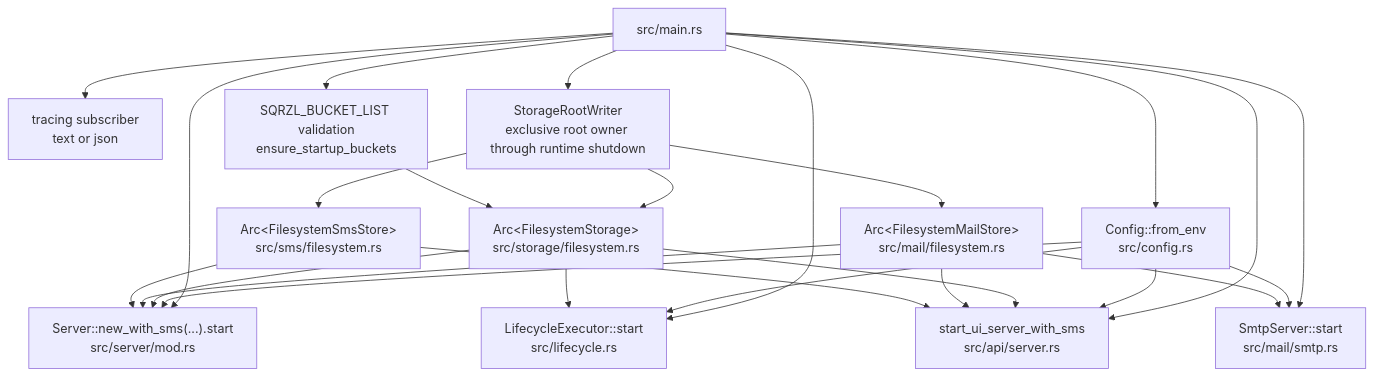
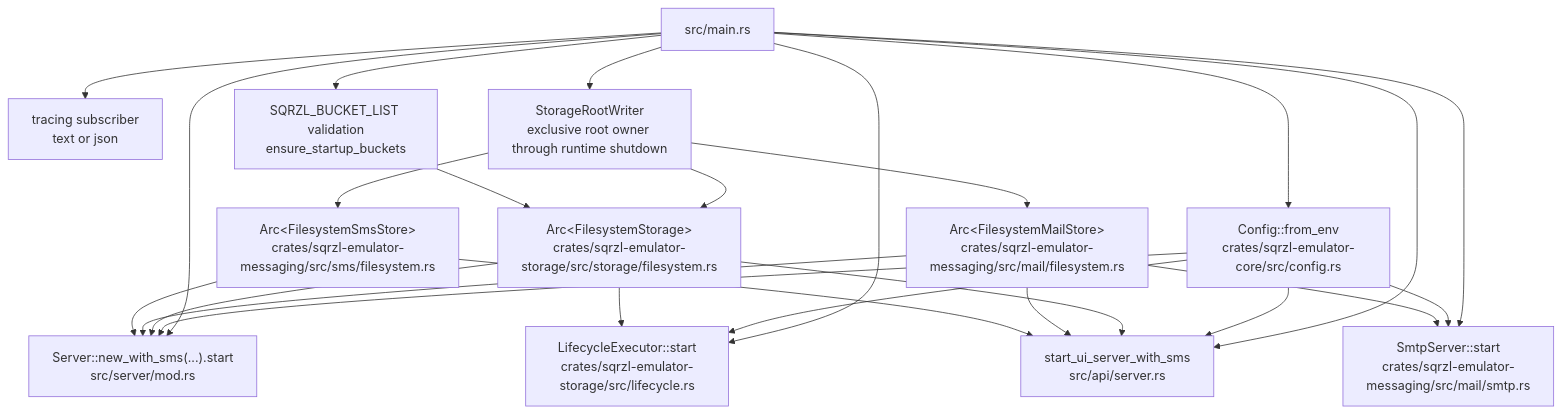
Before and after one commit to sqrzl/sqrzl-emulator: the second of 11 diagrams in docs/architecture.md, drawn with Mermaid. The commit also changed other lines of this file and 145 other files, not shown here.

Commit message:
Split Sqrzl emulator into domain crates

````diff
--- a/docs/architecture.md
+++ b/docs/architecture.md
@@ -65,41 +95,41 @@
 ```mermaid
 flowchart TB
     Main["src/main.rs"]
-    Config["Config::from_env<br/>src/config.rs"]
+    Config["Config::from_env<br/>crates/sqrzl-emulator-core/src/config.rs"]
     Logging["tracing subscriber<br/>text or json"]
     RootWriter["StorageRootWriter<br/>exclusive root owner through runtime shutdown"]
     StartupBuckets["SQRZL_BUCKET_LIST validation<br/>ensure_startup_buckets"]
-    Storage["Arc&lt;FilesystemStorage&gt;<br/>src/storage/filesystem.rs"]
-    Mail["Arc&lt;FilesystemMailStore&gt;<br/>src/mail/filesystem.rs"]
-    Sms["Arc&lt;FilesystemSmsStore&gt;<br/>src/sms/filesystem.rs"]
-    Lifecycle["LifecycleExecutor::start<br/>src/lifecycle.rs"]
+    Storage["Arc&lt;FilesystemStorage&gt;<br/>crates/sqrzl-emulator-storage/src/storage/filesystem.rs"]
+    Mail["Arc&lt;FilesystemMailStore&gt;<br/>crates/sqrzl-emulator-messaging/src/mail/filesystem.rs"]
+    Sms["Arc&lt;FilesystemSmsStore&gt;<br/>crates/sqrzl-emulator-messaging/src/sms/filesystem.rs"]
+    Lifecycle["LifecycleExecutor::start<br/>crates/sqrzl-emulator-storage/src/lifecycle.rs"]
     ProviderServer["Server::new_with_sms(...).start<br/>src/server/mod.rs"]
     UiServer["start_ui_server_with_sms<br/>src/api/server.rs"]
-    SmtpServer["SmtpServer::start<br/>src/mail/smtp.rs"]
+    SmtpServer["SmtpServer::start<br/>crates/sqrzl-emulator-messaging/src/mail/smtp.rs"]
 
     Main --> Config
     Main --> Logging
     Main --> RootWriter
     RootWriter --> Storage
     RootWriter --> Mail
     RootWriter --> Sms
     Main --> StartupBuckets
     StartupBuckets --> Storage
     Main --> Lifecycle
     Main --> ProviderServer
     Main --> UiServer
     Main --> SmtpServer
 
     Config --> ProviderServer
     Config --> UiServer
     Config --> Lifecycle
     Config --> SmtpServer
     Storage --> ProviderServer
     Storage --> UiServer
     Storage --> Lifecycle
     Mail --> ProviderServer
     Mail --> UiServer
     Mail --> SmtpServer
     Sms --> ProviderServer
     Sms --> UiServer
 ```
````
